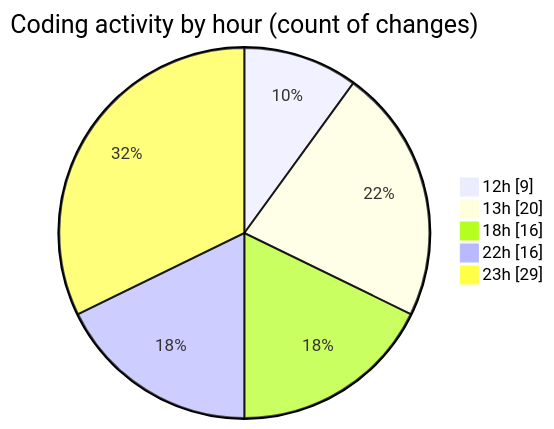
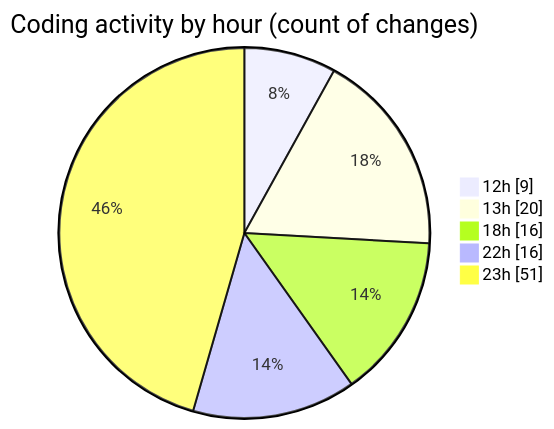
Before and after one commit to hasnaa123/code-tracking: the second of 2 diagrams in 2026-10-25/taskforge/README.md, drawn with Mermaid. The commit also changed other lines of this file and 1 other file, not shown here.

````diff
--- a/2026-10-25/taskforge/README.md
+++ b/2026-10-25/taskforge/README.md
@@ -31,9 +33,9 @@
 ```mermaid
 pie showData
 title Coding activity by hour (count of changes)
 "12h" : 9
 "13h" : 20
 "18h" : 16
 "22h" : 16
-"23h" : 29
+"23h" : 51
 ```
````
